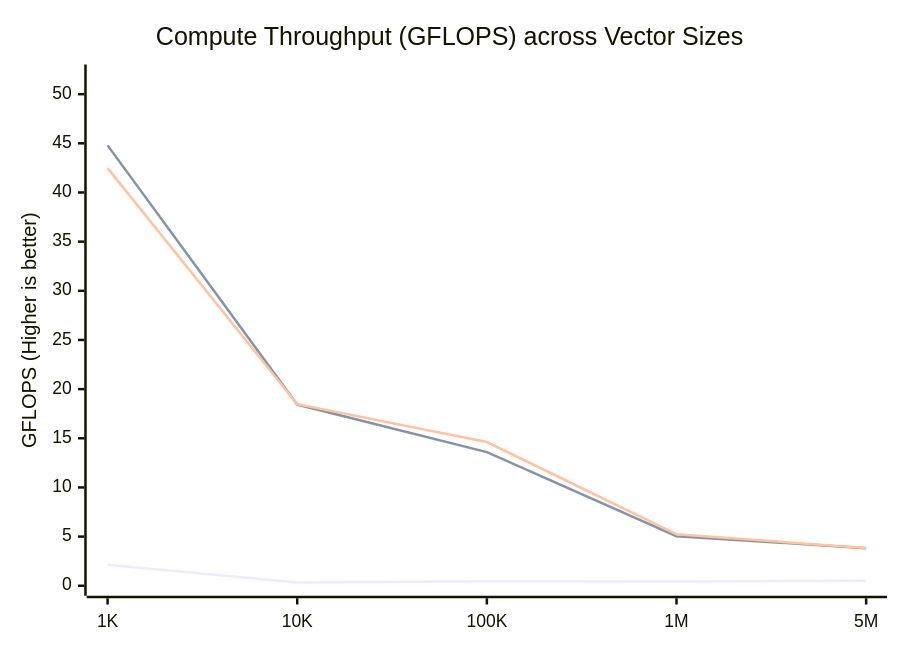
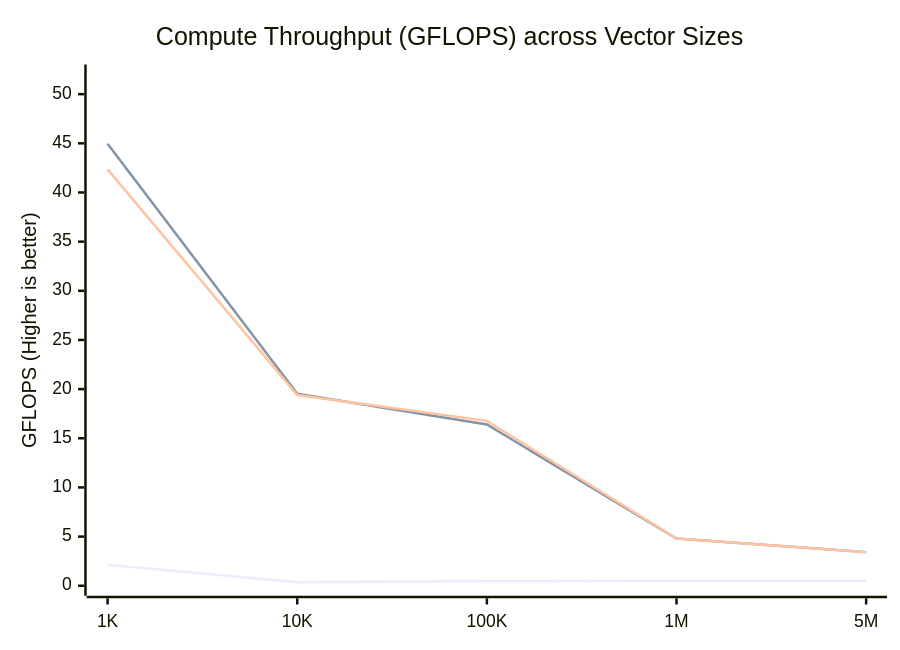
The first of 2 diagrams in README.md (maithreyanprabhu2907-prog/Vector), drawn with Mermaid before and after one commit. The commit also changed other lines of this file and 3 other files, not shown here.

````diff
--- a/README.md
+++ b/README.md
@@ -187,9 +187,9 @@
 ```mermaid
 xychart-beta
     title "Compute Throughput (GFLOPS) across Vector Sizes"
     x-axis ["1K", "10K", "100K", "1M", "5M"]
     y-axis "GFLOPS (Higher is better)" 0 --> 52
-    line [2.14, 0.34, 0.47, 0.44, 0.52]
-    line [44.79, 18.43, 13.59, 5.04, 3.82]
-    line [42.48, 18.47, 14.62, 5.24, 3.84]
+    line [2.14, 0.36, 0.48, 0.51, 0.52]
+    line [44.95, 19.53, 16.41, 4.80, 3.42]
+    line [42.35, 19.40, 16.77, 4.81, 3.41]
 ```
````
